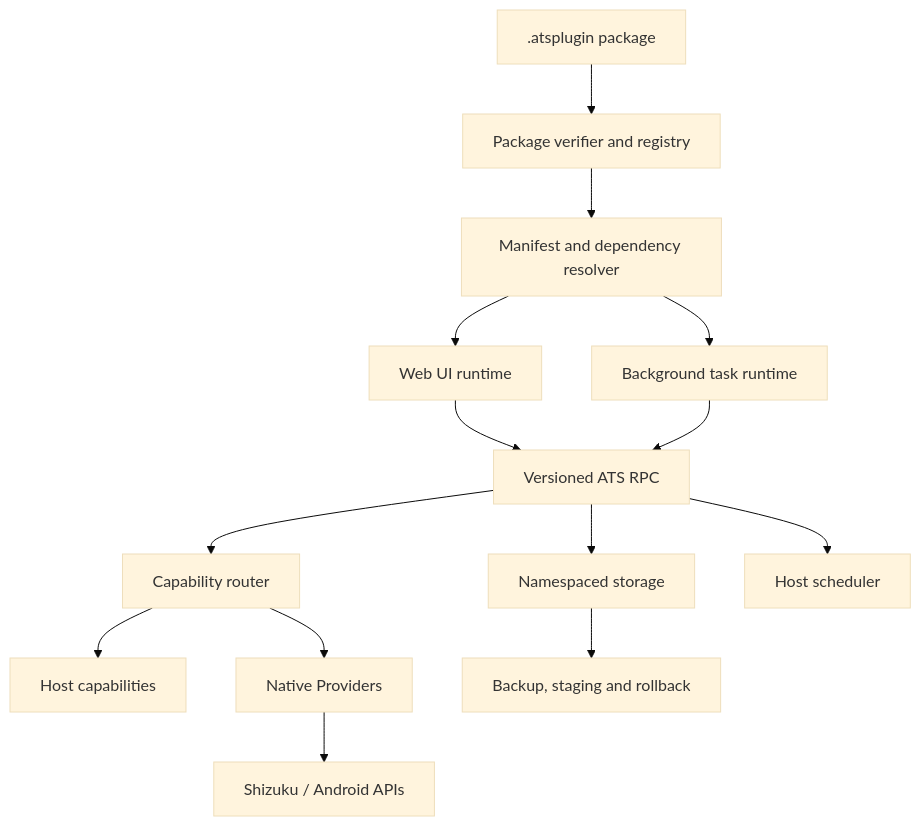
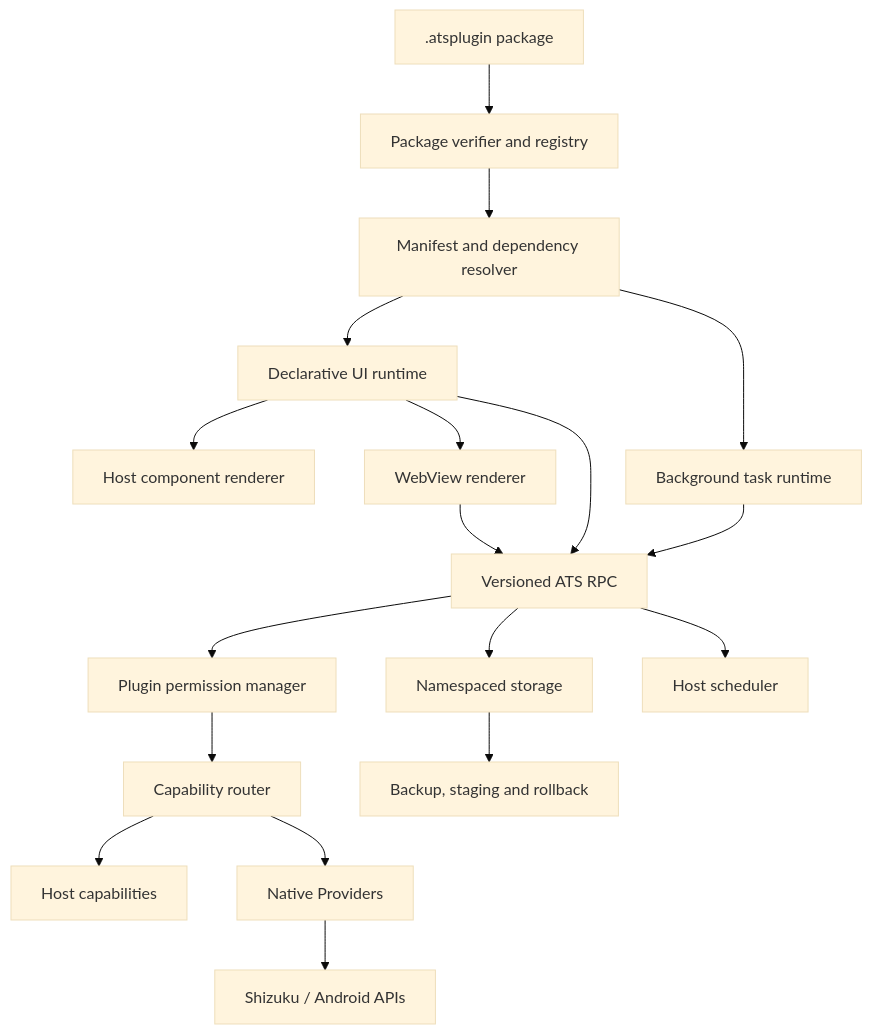
One commit to android-tool-suite/workspace changed the diagram in docs/plugin-runtime-v2-refactor-plan.md. Above: the diagram before and after it, drawn with Mermaid (base theme). The commit also changed other lines of this file and 17 other files, not shown here.

````diff
--- a/docs/plugin-runtime-v2-refactor-plan.md
+++ b/docs/plugin-runtime-v2-refactor-plan.md
@@ -50,16 +55,20 @@
 ```mermaid
 flowchart TD
     P[".atsplugin package"] --> R["Package verifier and registry"]
     R --> M["Manifest and dependency resolver"]
-    M --> UI["Web UI runtime"]
+    M --> DUI["Declarative UI runtime"]
+    DUI --> HUI["Host component renderer"]
+    DUI --> UI["WebView renderer"]
     M --> BG["Background task runtime"]
     UI --> RPC["Versioned ATS RPC"]
+    DUI --> RPC
     BG --> RPC
-    RPC --> C["Capability router"]
+    RPC --> PM["Plugin permission manager"]
+    PM --> C["Capability router"]
     RPC --> S["Namespaced storage"]
     RPC --> J["Host scheduler"]
     C --> HP["Host capabilities"]
     C --> NP["Native Providers"]
     NP --> SH["Shizuku / Android APIs"]
     S --> BK["Backup, staging and rollback"]
 ```
````
